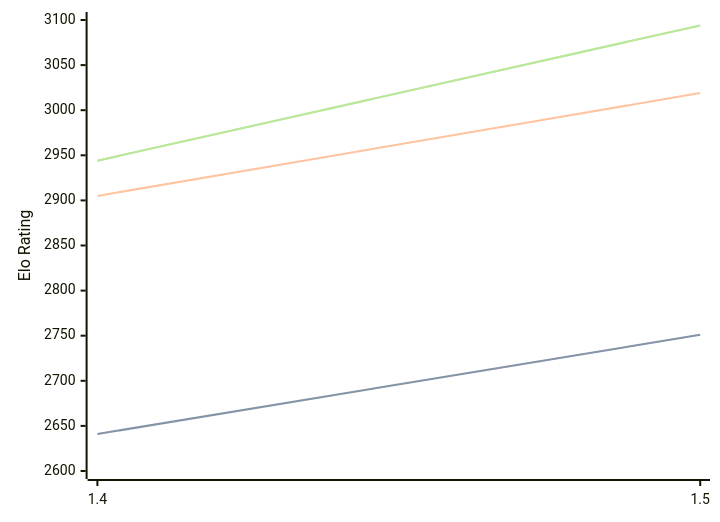
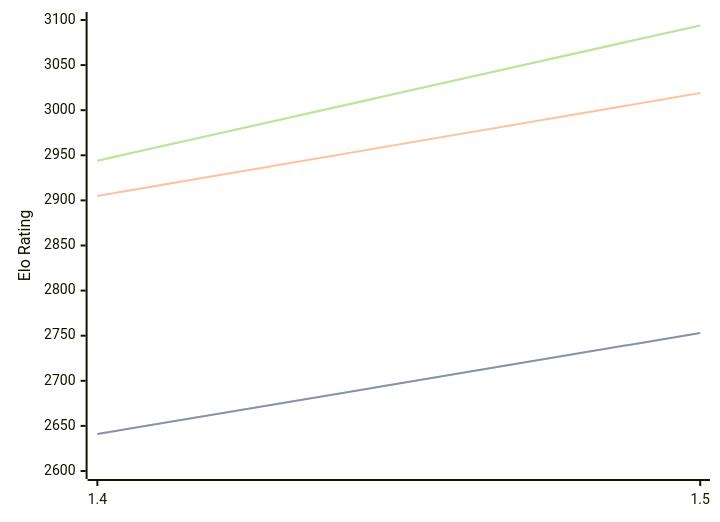
Before and after one commit to computer-chess-index/cci: the first of 3 diagrams in engines/Yakka.md, drawn with Mermaid. The commit also changed other lines of this file, not shown here.

````diff
--- a/engines/Yakka.md
+++ b/engines/Yakka.md
@@ -36,11 +36,11 @@
 ```mermaid
 %%{init: {"theme":"base","themeVariables":{"seriesColors:['#a3a3a3','#222221','#faa371']}}}%%
 xychart-beta
   x-axis ["1.4", "1.5"]
   y-axis "Elo Rating" 2600 --> 3100
-  line "STC (8.0+0.08s)" [2641, 2751]
-  line "STC (8.0+0.08s)" [2641, 2751]
+  line "STC (8.0+0.08s)" [2641, 2753]
+  line "STC (8.0+0.08s)" [2641, 2753]
   line "LTC (60.0+0.60s)" [2905, 3019]
   line "VLTC (2m24s+1.12s)" [2944, 3094]
   line "VLTC (2m24s+1.12s)" [2944, 3094]
 ```
````
